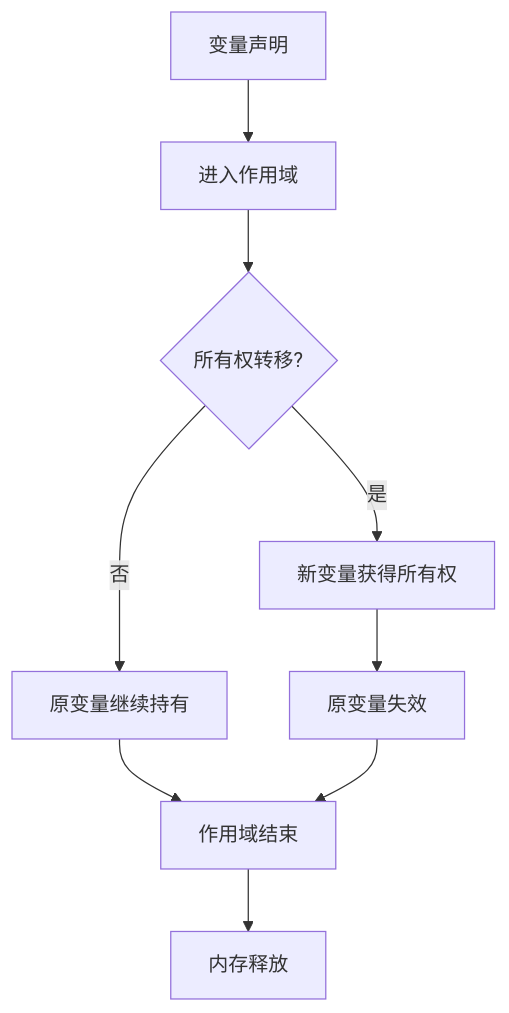
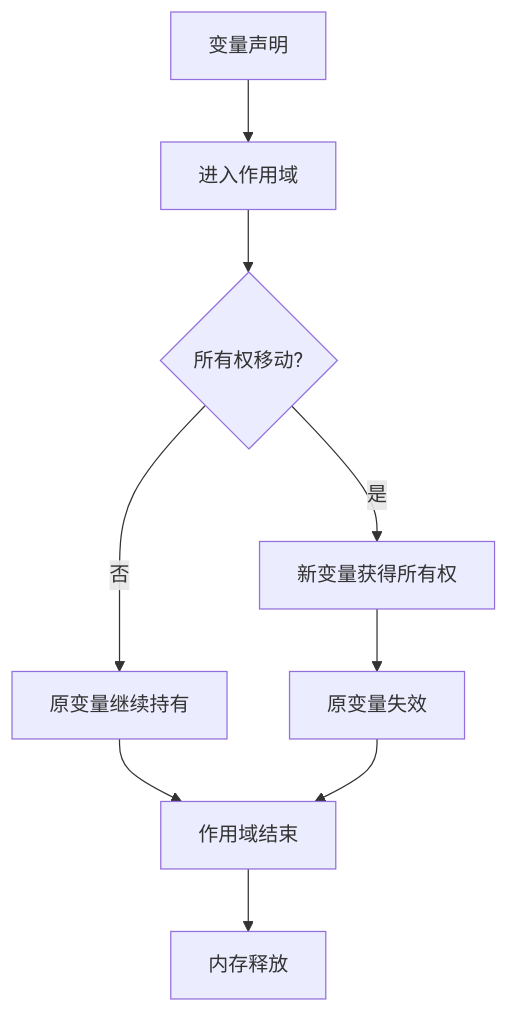
The first of 5 diagrams in formal_rust/refactor/01_core_theory/01_variable_system/10_visualization_and_mindmap.md (martin-ly/rust-lang), drawn with Mermaid before and after one commit. The commit also changed other lines of this file and 5740 other files, not shown here.

````diff
--- a/formal_rust/refactor/01_core_theory/01_variable_system/10_visualization_and_mindmap.md
+++ b/formal_rust/refactor/01_core_theory/01_variable_system/10_visualization_and_mindmap.md
@@ -56,11 +56,11 @@
 ```mermaid
 flowchart TD
     A[变量声明] --> B[进入作用域]
-    B --> C{所有权转移?}
+    B --> C{所有权移动?}
     C -- 是 --> D[新变量获得所有权]
     C -- 否 --> E[原变量继续持有]
     D --> F[原变量失效]
     E --> G[作用域结束]
     F --> G
     G --> H[内存释放]
 ```
````
